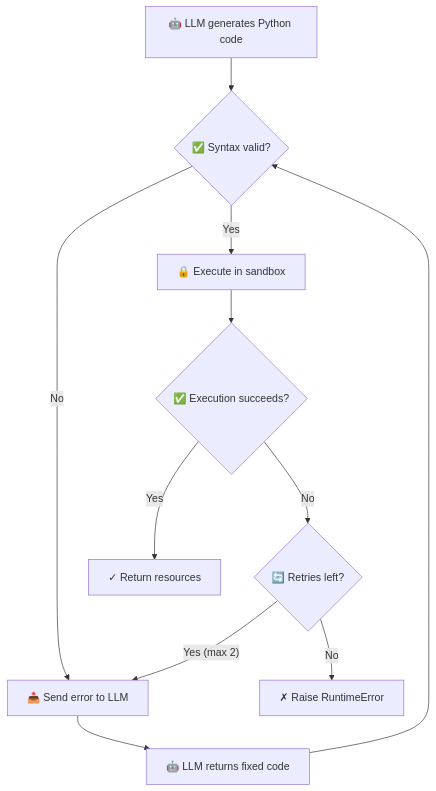
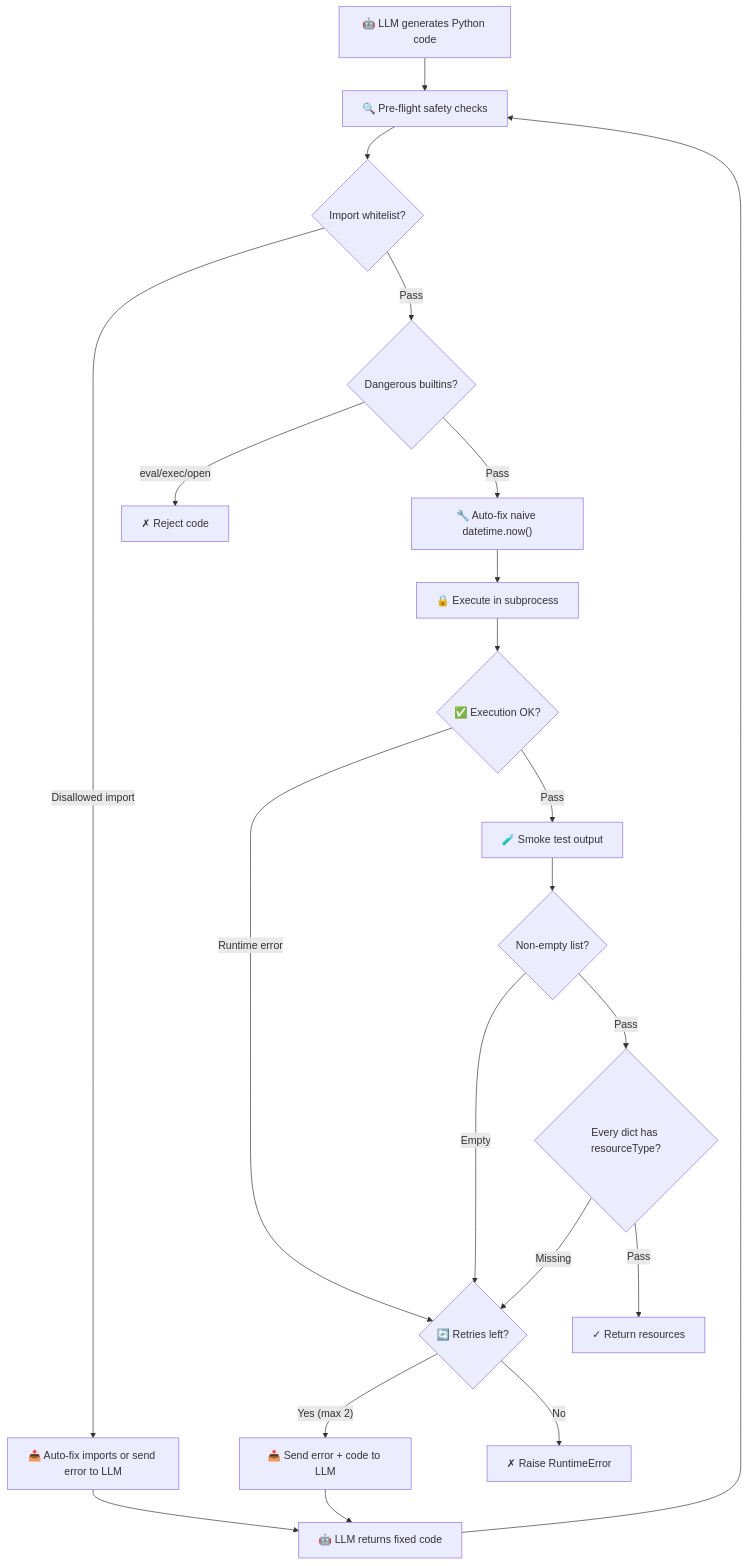
Before and after one commit to alvinhenrick/fhir-synth: the third of 3 diagrams in docs/architecture.md, drawn with Mermaid. The commit also changed other lines of this file, not shown here.

Commit message:
feat: update architecture documentation to reflect enhanced safety checks and dynamic system prompt assembly

````diff
--- a/docs/architecture.md
+++ b/docs/architecture.md
@@ -100,13 +108,25 @@
 ```mermaid
 flowchart TD
-    A["🤖 LLM generates Python code"] --> B{"✅ Syntax valid?"}
-    B -->|No| C["📤 Send error to LLM"]
-    B -->|Yes| D["🔒 Execute in sandbox"]
-    D --> E{"✅ Execution succeeds?"}
-    E -->|Yes| F["✓ Return resources"]
-    E -->|No| G{"🔄 Retries left?"}
-    G -->|"Yes (max 2)"| C
-    G -->|No| H["✗ Raise RuntimeError"]
-    C --> I["🤖 LLM returns fixed code"]
-    I --> B
+    A["🤖 LLM generates Python code"] --> B["🔍 Pre-flight safety checks"]
+    B --> B1{"Import whitelist?"}
+    B1 -->|"Disallowed import"| FIX["📤 Auto-fix imports or send error to LLM"]
+    B1 -->|Pass| B2{"Dangerous builtins?"}
+    B2 -->|"eval/exec/open"| REJECT["✗ Reject code"]
+    B2 -->|Pass| B3["🔧 Auto-fix naive datetime.now()"]
+    B3 --> C["🔒 Execute in subprocess"]
+    C --> D{"✅ Execution OK?"}
+    D -->|"Runtime error"| RETRY
+    D -->|Pass| E["🧪 Smoke test output"]
+    E --> E1{"Non-empty list?"}
+    E1 -->|Empty| RETRY
+    E1 -->|Pass| E2{"Every dict has resourceType?"}
+    E2 -->|Missing| RETRY
+    E2 -->|Pass| F["✓ Return resources"]
+
+    RETRY{"🔄 Retries left?"}
+    RETRY -->|"Yes (max 2)"| FIX2["📤 Send error + code to LLM"]
+    RETRY -->|No| H["✗ Raise RuntimeError"]
+    FIX2 --> G["🤖 LLM returns fixed code"]
+    FIX --> G
+    G --> B
 ```
````
